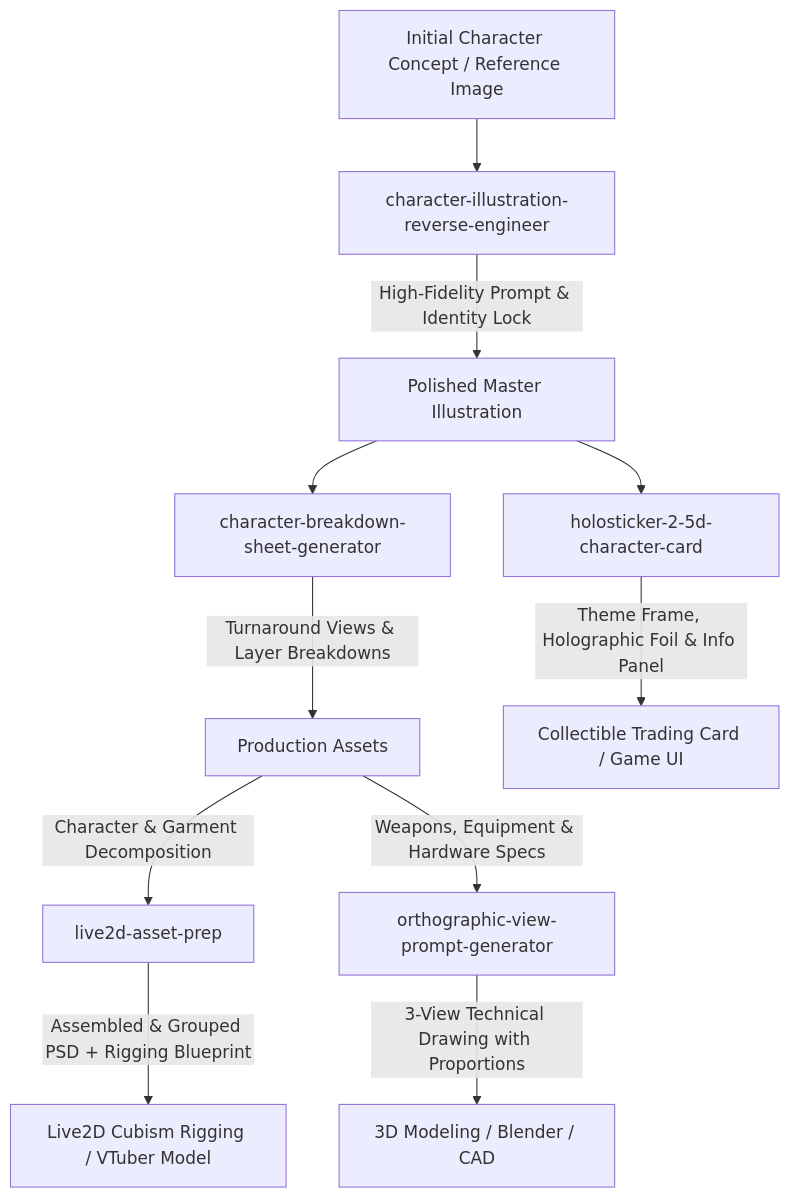
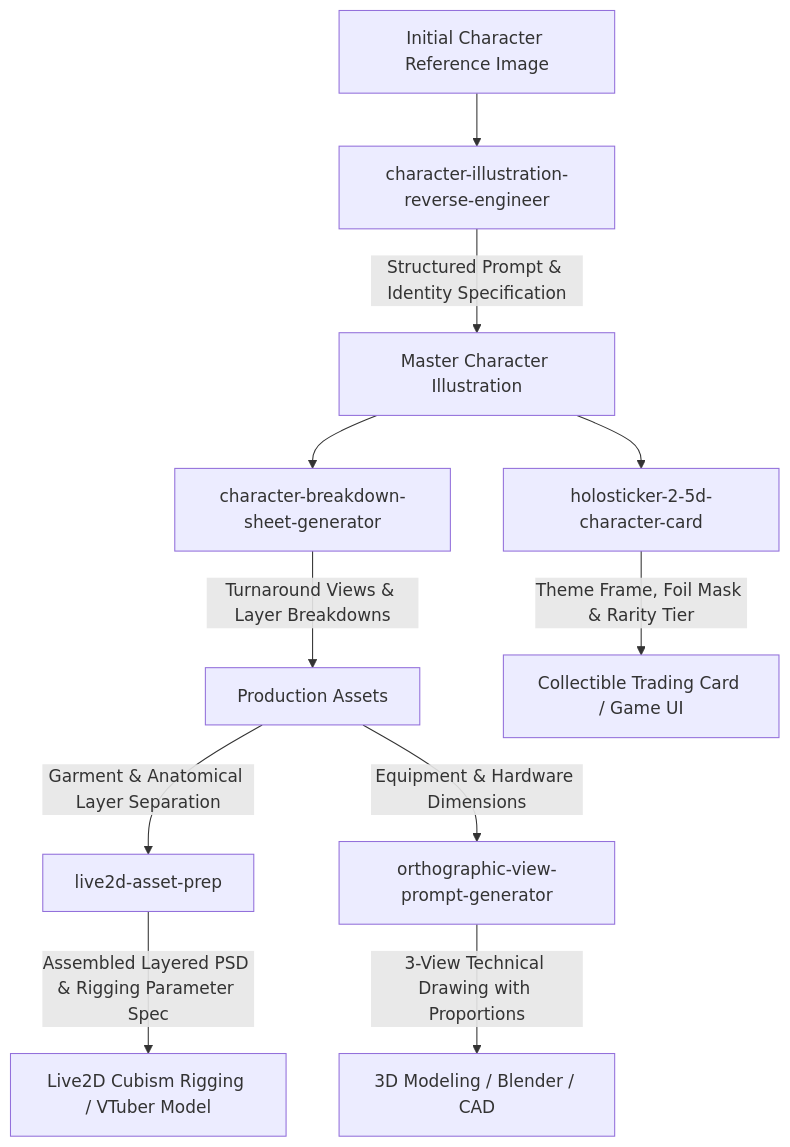
Before and after one commit to lingjw02/personal-used-skill-library: the second of 2 diagrams in README.md, drawn with Mermaid. The commit also changed other lines of this file, not shown here.

````diff
--- a/README.md
+++ b/README.md
@@ -115,17 +120,17 @@
 ```mermaid
 flowchart TD
-    A[Initial Character Concept / Reference Image] --> B[character-illustration-reverse-engineer]
-    B -->|High-Fidelity Prompt & Identity Lock| C[Polished Master Illustration]
+    A[Initial Character Reference Image] --> B[character-illustration-reverse-engineer]
+    B -->|Structured Prompt & Identity Specification| C[Master Character Illustration]
     
     C --> D[character-breakdown-sheet-generator]
     C --> E[holosticker-2-5d-character-card]
     
     D -->|Turnaround Views & Layer Breakdowns| F[Production Assets]
     
-    F -->|Character & Garment Decomposition| G[live2d-asset-prep]
-    F -->|Weapons, Equipment & Hardware Specs| H[orthographic-view-prompt-generator]
+    F -->|Garment & Anatomical Layer Separation| G[live2d-asset-prep]
+    F -->|Equipment & Hardware Dimensions| H[orthographic-view-prompt-generator]
     
-    G -->|Assembled & Grouped PSD + Rigging Blueprint| I[Live2D Cubism Rigging / VTuber Model]
+    G -->|Assembled Layered PSD & Rigging Parameter Spec| I[Live2D Cubism Rigging / VTuber Model]
     H -->|3-View Technical Drawing with Proportions| J[3D Modeling / Blender / CAD]
-    E -->|Theme Frame, Holographic Foil & Info Panel| K[Collectible Trading Card / Game UI]
+    E -->|Theme Frame, Foil Mask & Rarity Tier| K[Collectible Trading Card / Game UI]
 ```
````
